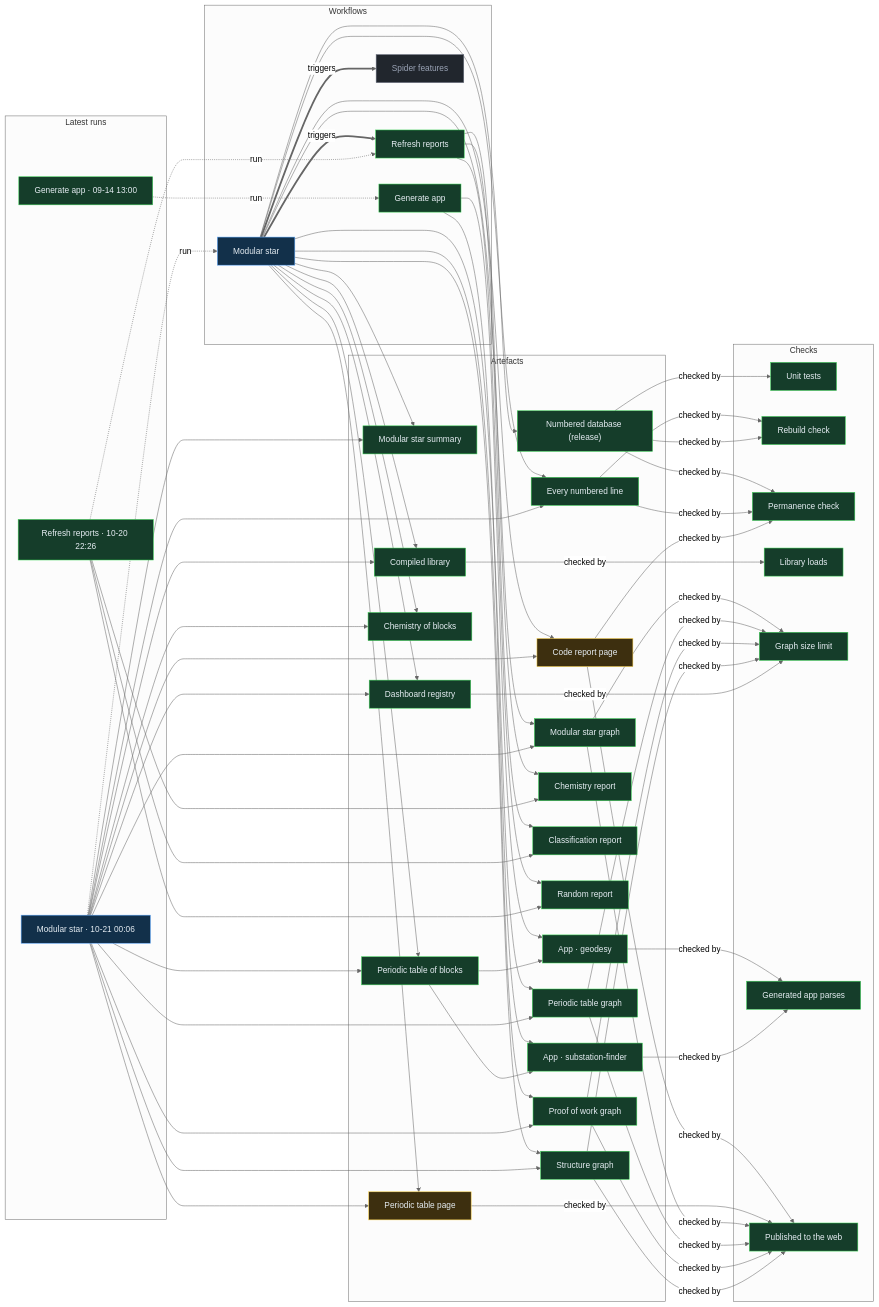
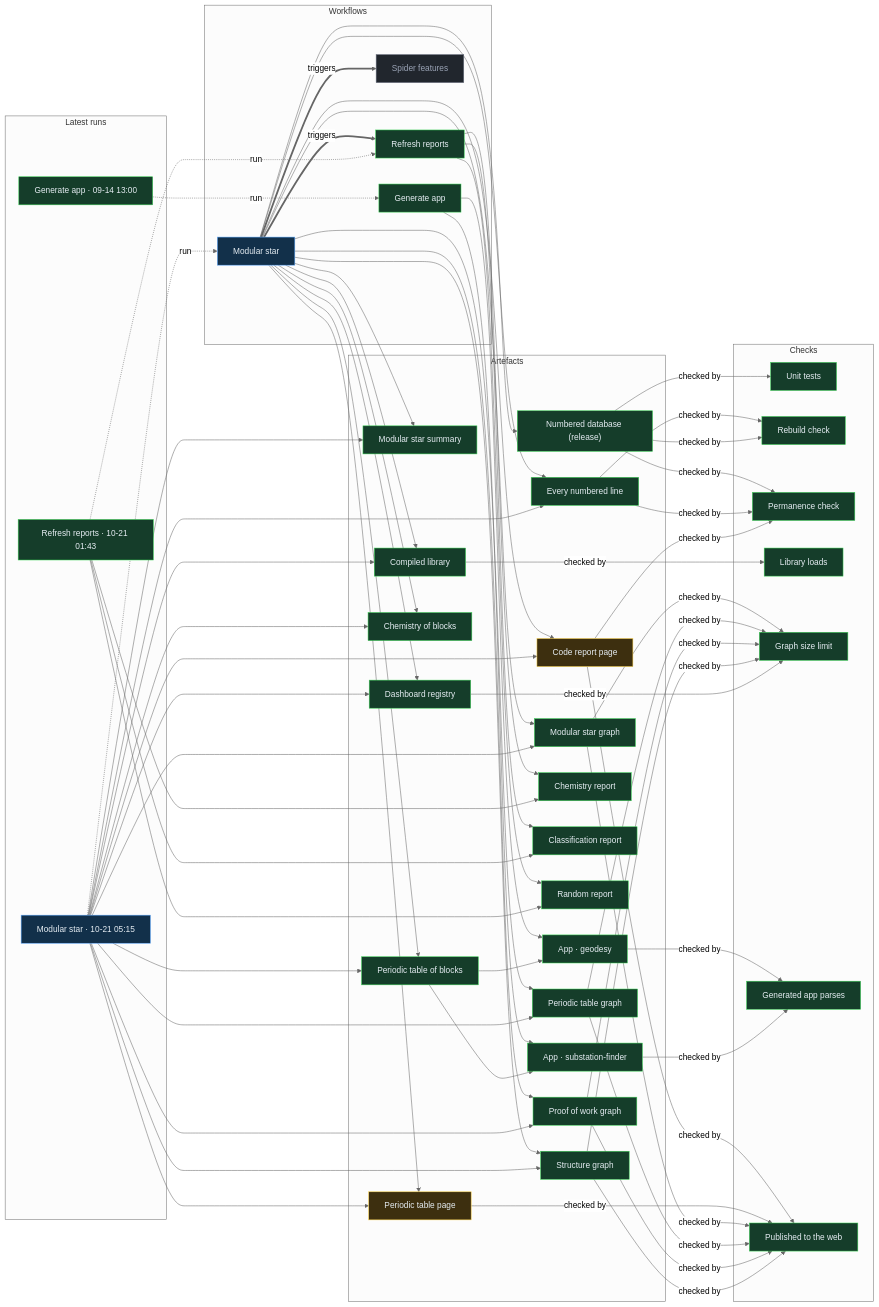
Before and after one commit to Ventusltd/stars: the diagram in proof/PROOF.md, drawn with Mermaid (neutral theme). The commit also changed other lines of this file and 44 other files, not shown here.

Commit message:
Modular star 2026-10-21T05:17Z

```diff
--- a/proof/PROOF.md
+++ b/proof/PROOF.md
@@ -24,8 +24,8 @@
   n_wf_spider_features["Spider features"]:::off
   end
   subgraph g_runs["Latest runs"]
-  n_run_39519249113["Modular star · 10-21 00:06"]:::live
-  n_run_39508105007["Refresh reports · 10-20 22:26"]:::ok
+  n_run_39548518742["Modular star · 10-21 05:15"]:::live
+  n_run_39529010364["Refresh reports · 10-21 01:43"]:::ok
   n_run_34846587798["Generate app · 09-14 13:00"]:::ok
   end
   subgraph g_artefacts["Artefacts"]
@@ -59,39 +59,39 @@
   end
   n_wf_modular_star == triggers ==> n_wf_refresh
   n_wf_modular_star == triggers ==> n_wf_spider_features
-  n_run_39519249113 -. run .-> n_wf_modular_star
-  n_run_39508105007 -. run .-> n_wf_refresh
+  n_run_39548518742 -. run .-> n_wf_modular_star
+  n_run_39529010364 -. run .-> n_wf_refresh
   n_run_34846587798 -. run .-> n_wf_generate
   n_wf_modular_star --> n_art_summary
-  n_run_39519249113 --> n_art_summary
+  n_run_39548518742 --> n_art_summary
   n_wf_modular_star --> n_art_lines
-  n_run_39519249113 --> n_art_lines
+  n_run_39548518742 --> n_art_lines
   n_wf_modular_star --> n_art_code
-  n_run_39519249113 --> n_art_code
+  n_run_39548518742 --> n_art_code
   n_wf_modular_star --> n_art_modular_graph
-  n_run_39519249113 --> n_art_modular_graph
+  n_run_39548518742 --> n_art_modular_graph
   n_wf_modular_star --> n_art_blocks
-  n_run_39519249113 --> n_art_blocks
+  n_run_39548518742 --> n_art_blocks
   n_wf_modular_star --> n_art_table
-  n_run_39519249113 --> n_art_table
+  n_run_39548518742 --> n_art_table
   n_wf_modular_star --> n_art_blocks_graph
-  n_run_39519249113 --> n_art_blocks_graph
+  n_run_39548518742 --> n_art_blocks_graph
   n_wf_modular_star --> n_art_reactions
-  n_run_39519249113 --> n_art_reactions
+  n_run_39548518742 --> n_art_reactions
   n_wf_modular_star --> n_art_library
-  n_run_39519249113 --> n_art_library
+  n_run_39548518742 --> n_art_library
   n_wf_modular_star --> n_art_features
-  n_run_39519249113 --> n_art_features
+  n_run_39548518742 --> n_art_features
   n_wf_modular_star --> n_art_proof
-  n_run_39519249113 --> n_art_proof
+  n_run_39548518742 --> n_art_proof
   n_wf_modular_star --> n_art_structure
-  n_run_39519249113 --> n_art_structure
+  n_run_39548518742 --> n_art_structure
   n_wf_refresh --> n_art_chemistry
-  n_run_39508105007 --> n_art_chemistry
+  n_run_39529010364 --> n_art_chemistry
   n_wf_refresh --> n_art_vedic
-  n_run_39508105007 --> n_art_vedic
+  n_run_39529010364 --> n_art_vedic
   n_wf_refresh --> n_art_random
-  n_run_39508105007 --> n_art_random
+  n_run_39529010364 --> n_art_random
   n_wf_modular_star --> n_art_release
   n_wf_generate --> n_app_geodesy
   n_art_blocks --> n_app_geodesy
```
